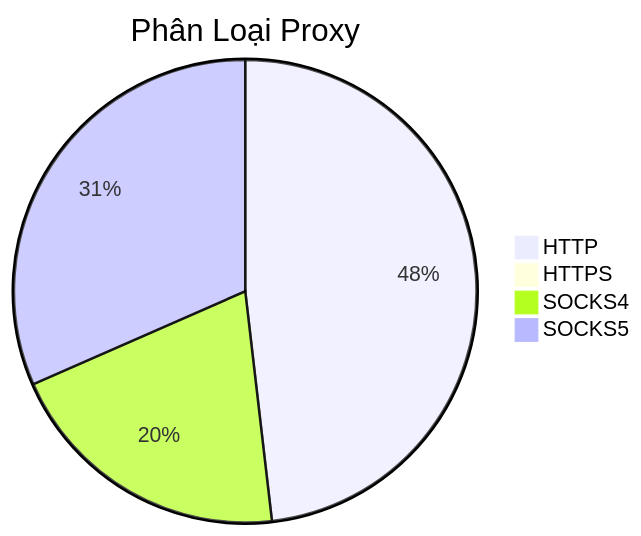
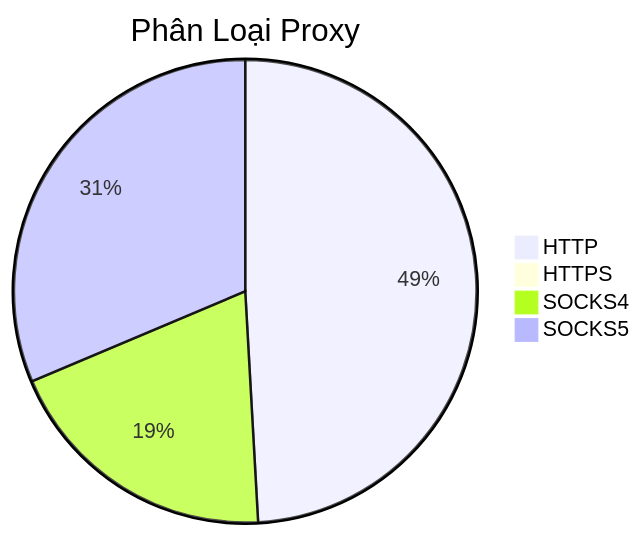
The diagram in README.md (Ciara-Aa/PROXY-free), drawn with Mermaid before and after one commit. The commit also changed other lines of this file and 4 other files, not shown here.

````diff
--- a/README.md
+++ b/README.md
@@ -26,7 +26,7 @@
 ```mermaid
 pie title Phân Loại Proxy
-    "HTTP" : 366
+    "HTTP" : 332
     "HTTPS" : 3
-    "SOCKS4" : 154
-    "SOCKS5" : 240
+    "SOCKS4" : 132
+    "SOCKS5" : 212
 ```
````
